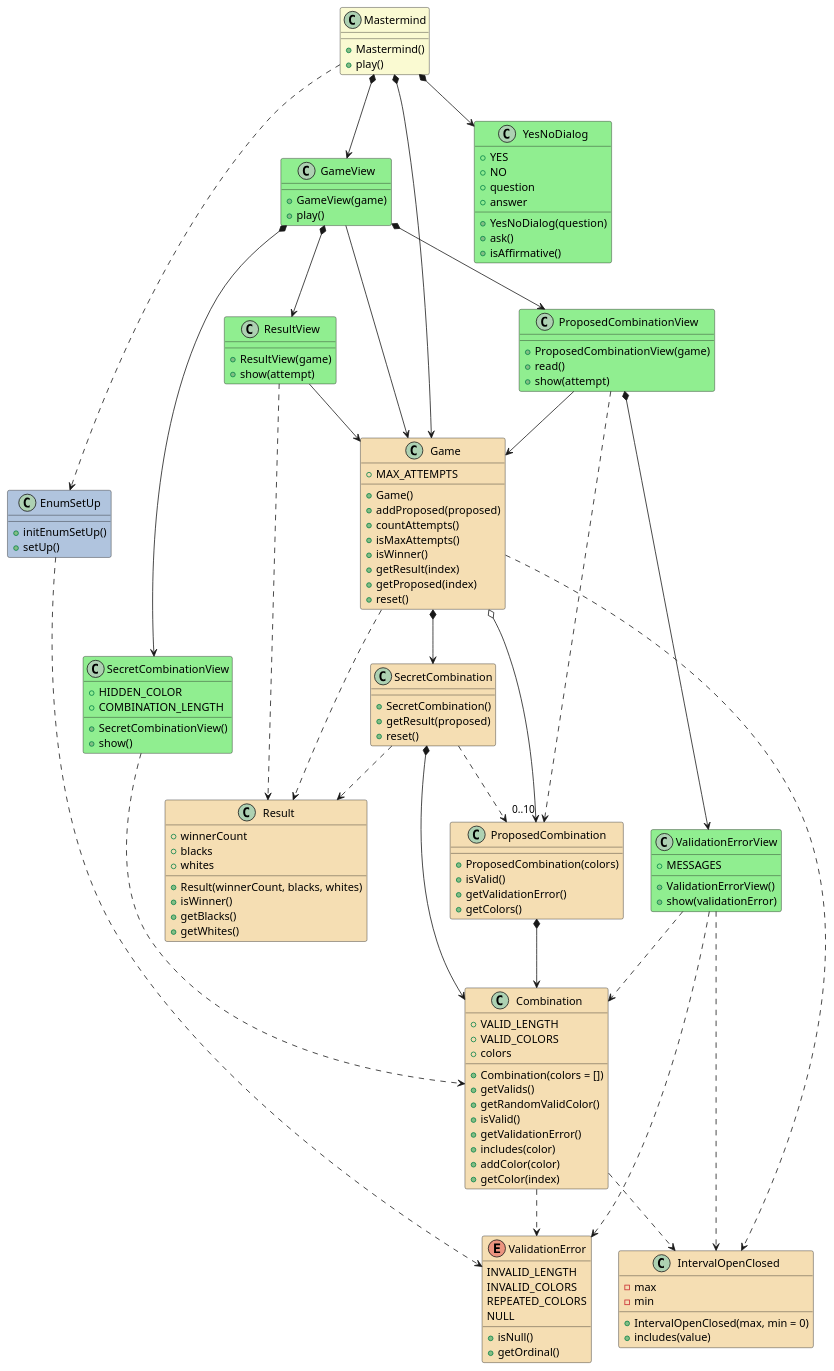
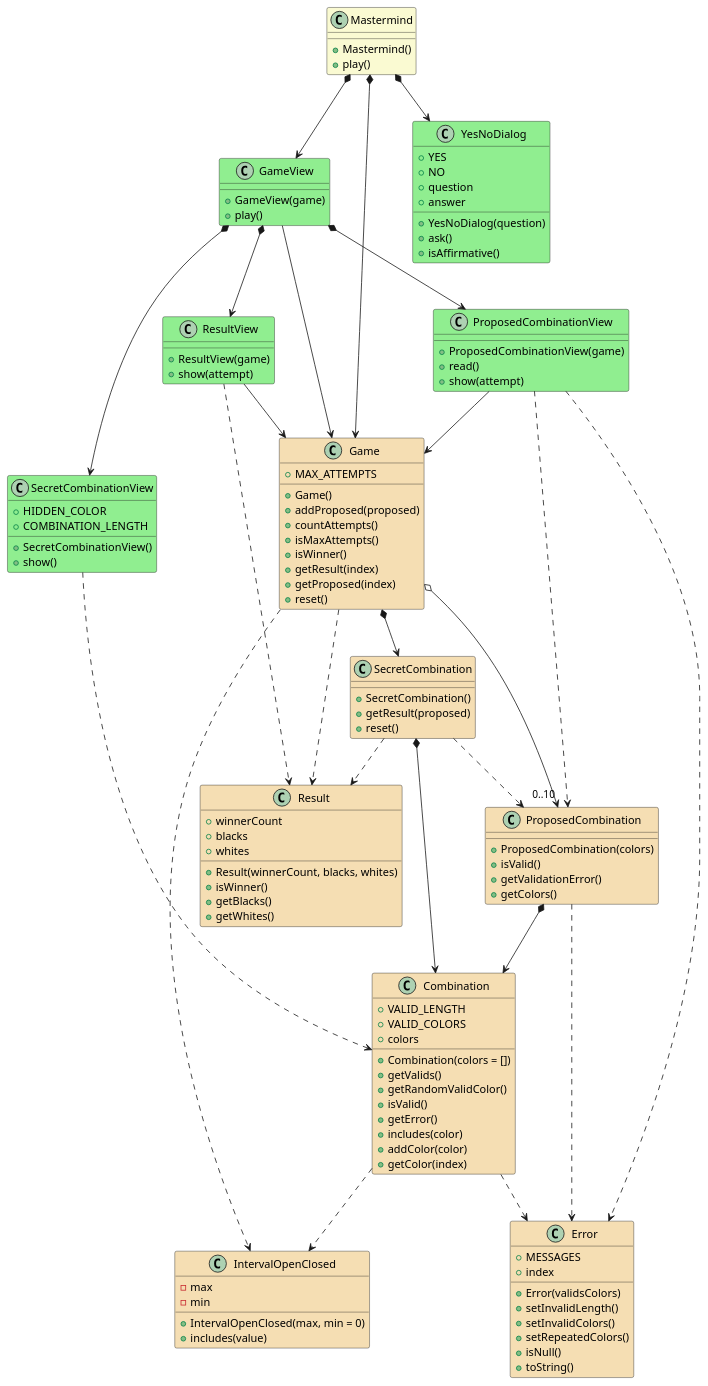
One commit to PabloMartinFluvia/myGame-mastermind changed the diagram in docs/dev-resume/analysis.plantuml. Above: the diagram before and after it, drawn with PlantUML. The commit also changed 3 other files, not shown here.

```diff
--- a/docs/dev-resume/analysis.plantuml
+++ b/docs/dev-resume/analysis.plantuml
@@ -1,164 +1,148 @@
 @startuml analysis
 
 class Mastermind #LightGoldenRodYellow {  
 
     + Mastermind()
     + play()    
 }
 Mastermind *--> GameView
 Mastermind *--> YesNoDialog
 Mastermind *--> Game
-Mastermind ..> EnumSetUp
 
 class GameView #LightGreen {
 
     + GameView(game)
     + play()
 }
 GameView *--> SecretCombinationView
 GameView *--> ProposedCombinationView
 GameView *--> ResultView
 GameView --> Game
 
 
 class SecretCombinationView #LightGreen {
     + HIDDEN_COLOR
     + COMBINATION_LENGTH
     
     + SecretCombinationView()
     + show()
 }
 SecretCombinationView ..> Combination
 
 class ProposedCombinationView #LightGreen {
     
     + ProposedCombinationView(game)
     + read()
     + show(attempt)
 }
-ProposedCombinationView *--> ValidationErrorView
 ProposedCombinationView --> Game
 ProposedCombinationView ..> ProposedCombination
-
-class ValidationErrorView #LightGreen {
-
-    + MESSAGES
-    
-    + ValidationErrorView()
-    + show(validationError)
-}
-ValidationErrorView ..> ValidationError
-ValidationErrorView ..> Combination
-ValidationErrorView ..> IntervalOpenClosed
+ProposedCombinationView ..> Error
 
 class ResultView #LightGreen {
     
     + ResultView(game)
     + show(attempt)
 }
 ResultView --> Game
 ResultView ..> Result
 
 class Game #Wheat{
     + MAX_ATTEMPTS
 
     + Game()
     + addProposed(proposed)
     + countAttempts()  
     + isMaxAttempts()  
     + isWinner()      
     + getResult(index)
     + getProposed(index)        
     + reset()    
 }
 Game *--> SecretCombination
 Game o--> "0..10" ProposedCombination
 Game .down.> Result
 Game ..> IntervalOpenClosed
 
 class SecretCombination #Wheat{
     
     + SecretCombination()    
     + getResult(proposed)      
     + reset()
 
 }
 SecretCombination *-down-> Combination
 SecretCombination .down.> ProposedCombination
 SecretCombination .down.> Result
 
 class Result #Wheat{
     + winnerCount
     + blacks
     + whites
 
     + Result(winnerCount, blacks, whites)
     + isWinner()
     + getBlacks()    
     + getWhites()    
 }
 
 class Combination #Wheat{
     + VALID_LENGTH
     + VALID_COLORS    
     + colors
 
     + Combination(colors = [])
     + getValids()
     + getRandomValidColor()
     + isValid()    
-    + getValidationError()
+    + getError()
     + includes(color)    
     + addColor(color)          
     + getColor(index)
 }
-Combination .down.> ValidationError
+Combination .down.> Error
 Combination ..> IntervalOpenClosed
 
-enum ValidationError #Wheat{    
-    INVALID_LENGTH
-    INVALID_COLORS
-    REPEATED_COLORS
-    NULL
+class Error #Wheat{    
+    + MESSAGES
+    + index
 
+    + Error(validsColors)
+    + setInvalidLength()
+    + setInvalidColors()
+    + setRepeatedColors()
     + isNull()
-    + getOrdinal()
+    + toString()
 }
 
 class ProposedCombination #Wheat{
 
     + ProposedCombination(colors)
     + isValid()         
     + getValidationError()     
     + getColors()   
 }
 ProposedCombination *-down-> Combination 
-
+ProposedCombination ..> Error
 
 
 class YesNoDialog #LightGreen {
     + YES
     + NO
     + question
     + answer    
 
     + YesNoDialog(question)
     + ask()
     + isAffirmative()
 }
 
-class EnumSetUp #LightSteelBlue {
-    + initEnumSetUp()
-    + setUp()
-}
-EnumSetUp ..> ValidationError
-
 class IntervalOpenClosed #Wheat{
     - max
     - min
 
     + IntervalOpenClosed(max, min = 0)
     + includes(value)
 }
 
 @enduml
```
